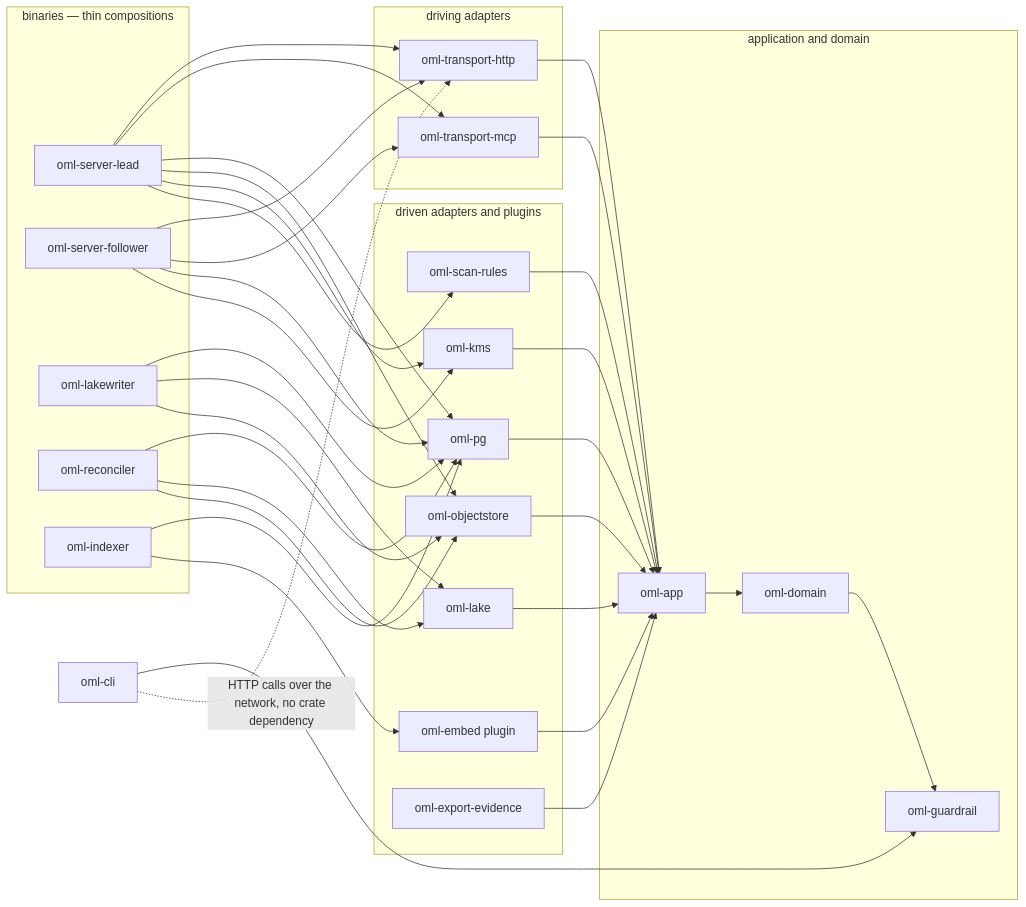
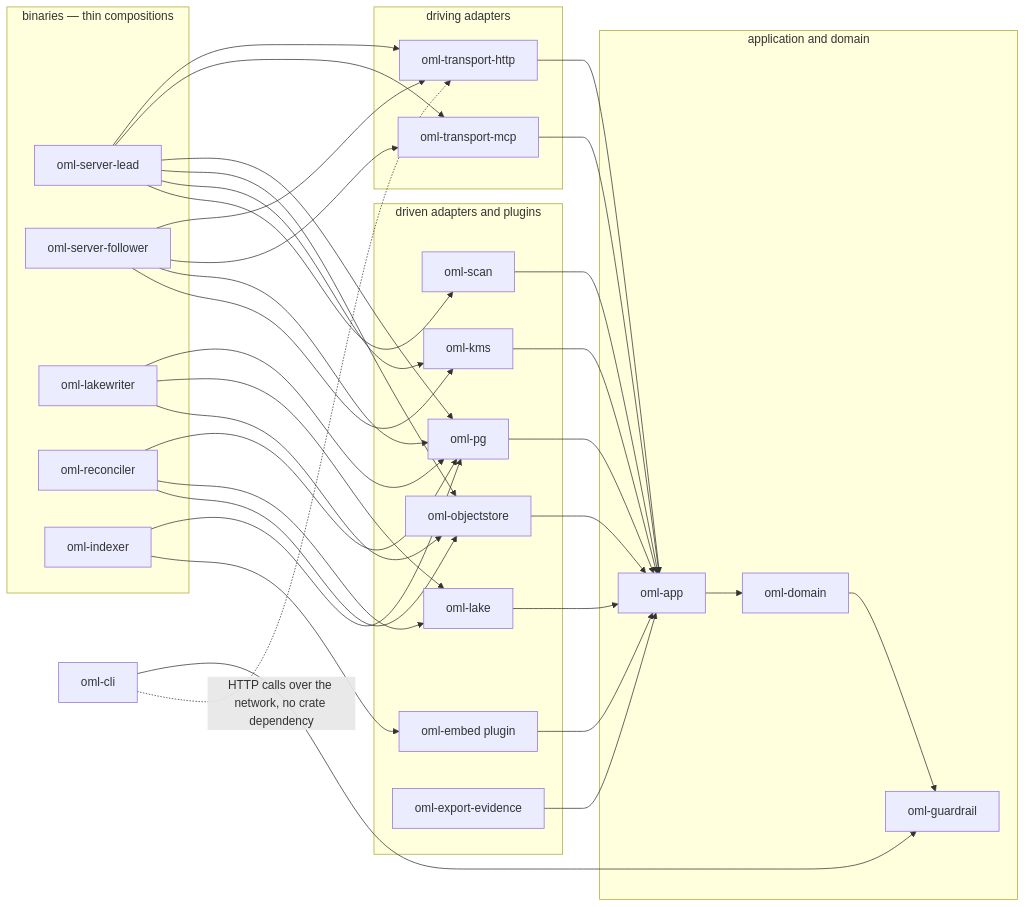
One commit to e8kor/open-memory-lab changed the diagram in docs/engineering/workspace-plan.md. Above: the diagram before and after it, drawn with Mermaid. The commit also changed other lines of this file and 2 other files, not shown here.

````diff
--- a/docs/engineering/workspace-plan.md
+++ b/docs/engineering/workspace-plan.md
@@ -70,61 +71,61 @@
 ```mermaid
 graph LR
     subgraph driving["driving adapters"]
         HTTP[oml-transport-http]
         MCP[oml-transport-mcp]
     end
     subgraph core["application and domain"]
         APP[oml-app]
         DOM[oml-domain]
         GR[oml-guardrail]
     end
     subgraph driven["driven adapters and plugins"]
         PG[oml-pg]
         LAKE[oml-lake]
         OBJ[oml-objectstore]
         KMS[oml-kms]
-        SCAN[oml-scan-rules]
+        SCAN[oml-scan]
         EMB[oml-embed plugin]
         EXP[oml-export-evidence]
     end
     subgraph bins["binaries — thin compositions"]
         LEAD[oml-server-lead]
         FOL[oml-server-follower]
         LW[oml-lakewriter]
         REC[oml-reconciler]
         IDX[oml-indexer]
     end
     CLI[oml-cli]
 
     HTTP --> APP
     MCP --> APP
     APP --> DOM
     DOM --> GR
     CLI --> GR
     PG --> APP
     LAKE --> APP
     OBJ --> APP
     KMS --> APP
     SCAN --> APP
     EMB --> APP
     EXP --> APP
     LEAD --> HTTP
     LEAD --> MCP
     LEAD --> PG
     LEAD --> OBJ
     LEAD --> KMS
     LEAD --> SCAN
     FOL --> HTTP
     FOL --> MCP
     FOL --> PG
     FOL --> KMS
     LW --> PG
     LW --> LAKE
     LW --> OBJ
     REC --> PG
     REC --> LAKE
     REC --> OBJ
     IDX --> PG
     IDX --> EMB
     CLI -. HTTP calls over the network, no crate dependency .-> HTTP
 ```
````
